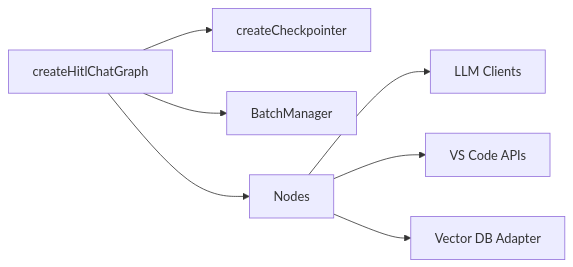
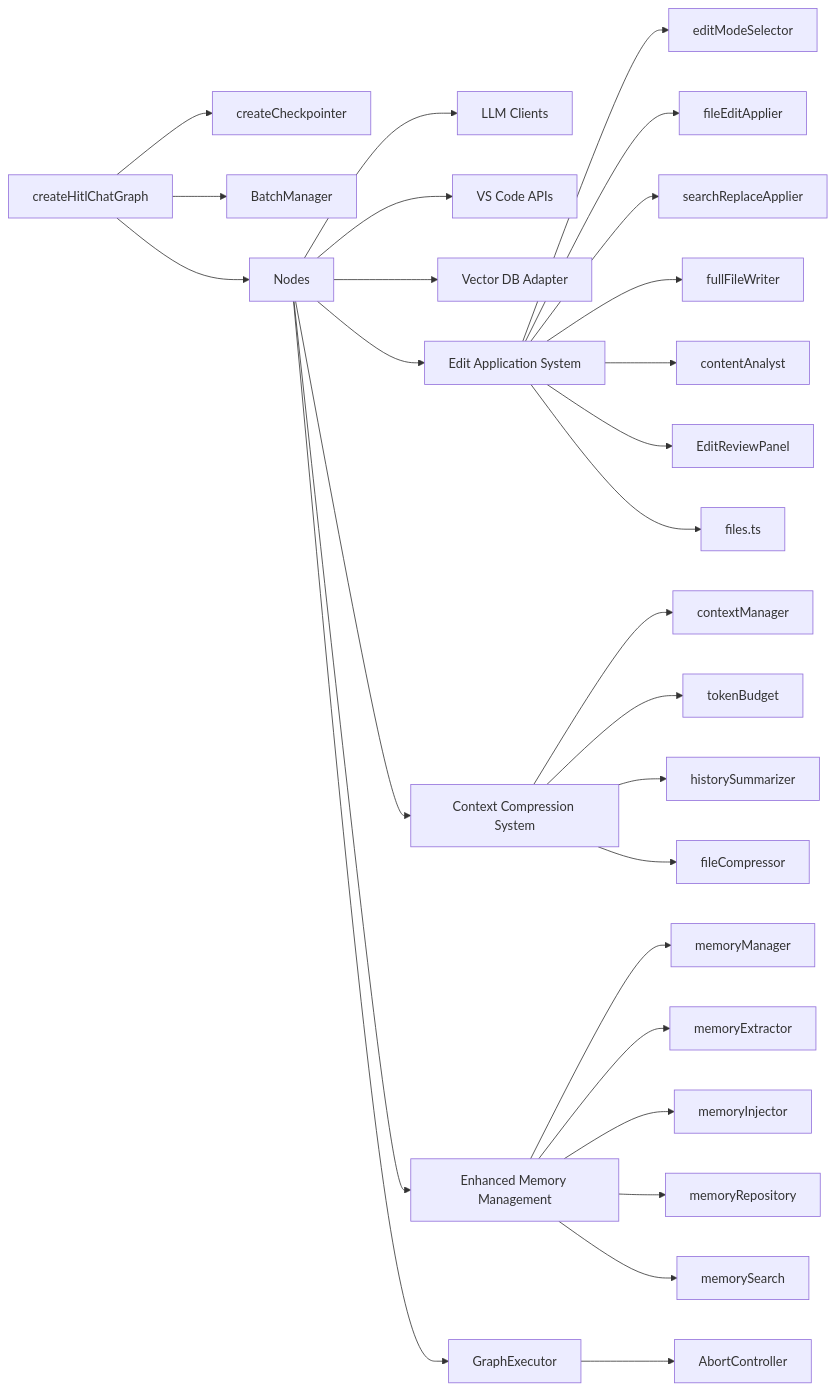
Before and after one commit to bramburn/repomix-runner: the seventh of 7 diagrams in .qoder/repowiki/en/content/Core Features/Human-in-the-Loop Workflow.md, drawn with Mermaid. The commit also changed other lines of this file and 27 other files, not shown here.

````diff
--- a/.qoder/repowiki/en/content/Core Features/Human-in-the-Loop Workflow.md
+++ b/.qoder/repowiki/en/content/Core Features/Human-in-the-Loop Workflow.md
@@ -241,9 +501,30 @@
 ```mermaid
 graph LR
 G["createHitlChatGraph"] --> CP["createCheckpointer"]
 G --> BM["BatchManager"]
 G --> Nodes["Nodes"]
 Nodes --> LLM["LLM Clients"]
 Nodes --> VS["VS Code APIs"]
 Nodes --> VDB["Vector DB Adapter"]
+Nodes --> EAS["Edit Application System"]
+Nodes --> CCS["Context Compression System"]
+Nodes --> MMS["Enhanced Memory Management"]
+Nodes --> GE["GraphExecutor"]
+EAS --> EMS["editModeSelector"]
+EAS --> FEAP["fileEditApplier"]
+EAS --> SRA["searchReplaceApplier"]
+EAS --> FFW["fullFileWriter"]
+EAS --> CA["contentAnalyst"]
+EAS --> ERP["EditReviewPanel"]
+EAS --> FS["files.ts"]
+CCS --> CM["contextManager"]
+CCS --> TB["tokenBudget"]
+CCS --> HS["historySummarizer"]
+CCS --> FC["fileCompressor"]
+MMS --> MM["memoryManager"]
+MMS --> ME["memoryExtractor"]
+MMS --> MI["memoryInjector"]
+MMS --> MR["memoryRepository"]
+MMS --> MS["memorySearch"]
+GE --> AC["AbortController"]
 ```
````
